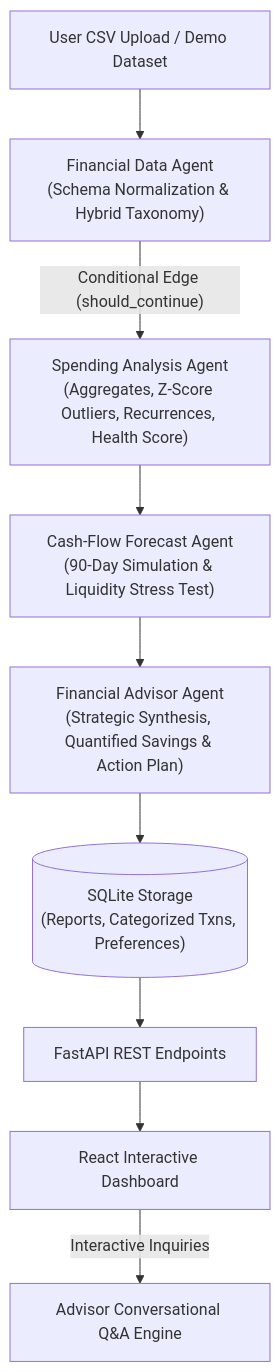
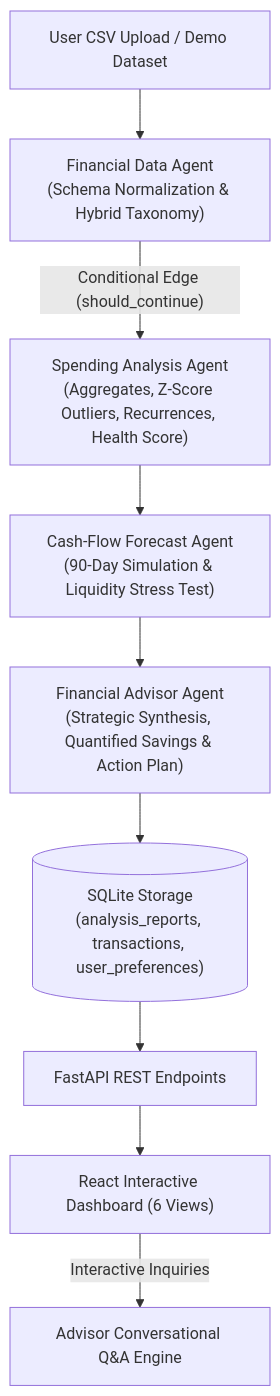
Before and after one commit to tanishque-suthar/aai-mini-project: the first of 3 diagrams in PROJECT_EXPLANATION.md, drawn with Mermaid. The commit also changed other lines of this file and 3 other files, not shown here.

````diff
--- a/PROJECT_EXPLANATION.md
+++ b/PROJECT_EXPLANATION.md
@@ -9,11 +9,11 @@
 ```mermaid
 flowchart TD
     RawCSV["User CSV Upload / Demo Dataset"] --> DA["Financial Data Agent<br/>(Schema Normalization & Hybrid Taxonomy)"]
     DA -->|"Conditional Edge (should_continue)"| SA["Spending Analysis Agent<br/>(Aggregates, Z-Score Outliers, Recurrences, Health Score)"]
     SA --> CF["Cash-Flow Forecast Agent<br/>(90-Day Simulation & Liquidity Stress Test)"]
     CF --> ADV["Financial Advisor Agent<br/>(Strategic Synthesis, Quantified Savings & Action Plan)"]
-    ADV --> DB[("SQLite Storage<br/>(Reports, Categorized Txns, Preferences)")]
+    ADV --> DB[("SQLite Storage<br/>(analysis_reports, transactions, user_preferences)")]
     DB --> API["FastAPI REST Endpoints"]
-    API --> UI["React Interactive Dashboard"]
+    API --> UI["React Interactive Dashboard (6 Views)"]
     UI -->|"Interactive Inquiries"| CHAT["Advisor Conversational Q&A Engine"]
 ```
````
